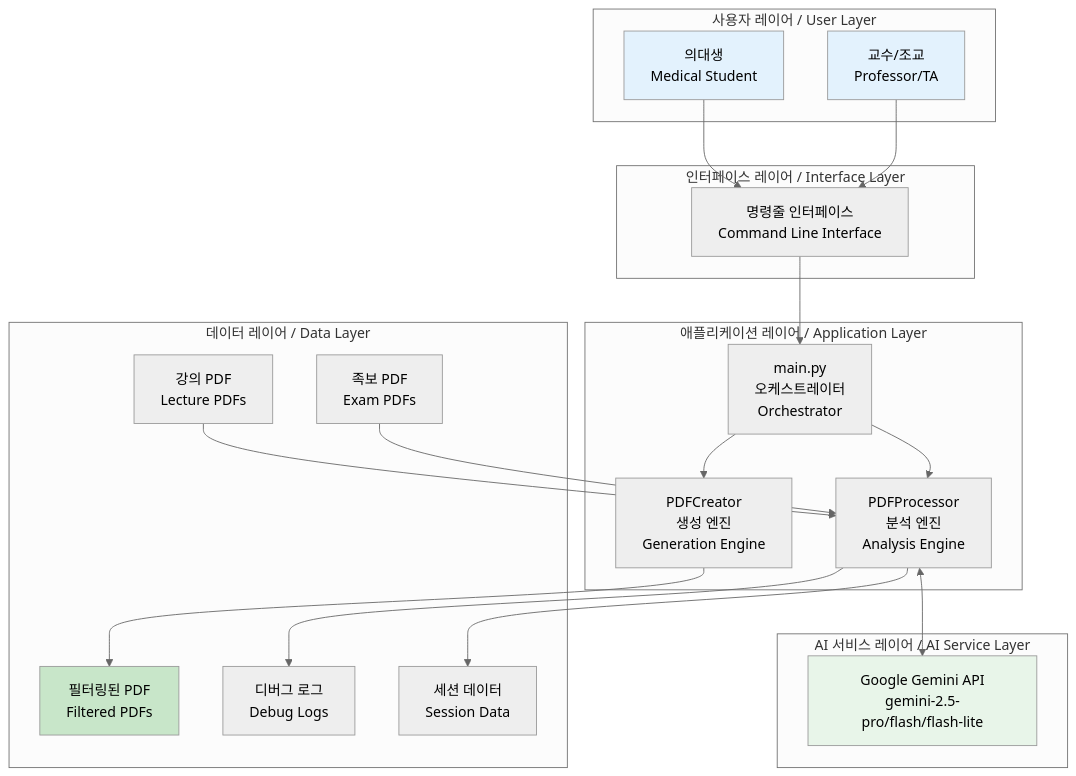
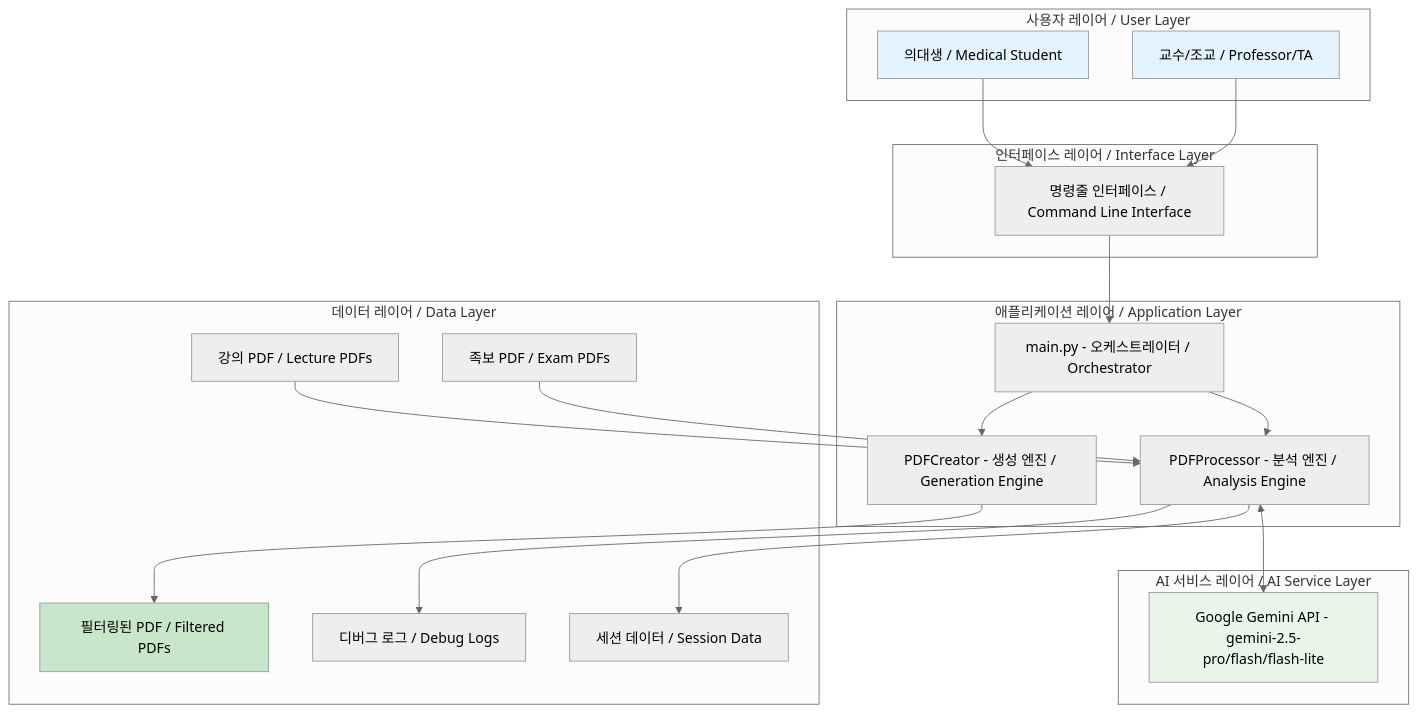
Before and after one commit to ksw6895/jokbodude: the first of 39 diagrams in architecture.md, drawn with Mermaid (neutral theme). The commit also changed other lines of this file, not shown here.

First line of the commit message:
fix: architecture.md Mermaid 다이어그램 파싱 오류 수정

````diff
--- a/architecture.md
+++ b/architecture.md
@@ -55,46 +55,46 @@
 ```mermaid
 graph TB
     subgraph "사용자 레이어 / User Layer"
-        U1[의대생<br/>Medical Student]
-        U2[교수/조교<br/>Professor/TA]
+        U1[의대생 / Medical Student]
+        U2[교수/조교 / Professor/TA]
     end
     
     subgraph "인터페이스 레이어 / Interface Layer"
-        CLI[명령줄 인터페이스<br/>Command Line Interface]
+        CLI[명령줄 인터페이스 / Command Line Interface]
     end
     
     subgraph "애플리케이션 레이어 / Application Layer"
-        MAIN[main.py<br/>오케스트레이터<br/>Orchestrator]
-        PROC[PDFProcessor<br/>분석 엔진<br/>Analysis Engine]
-        CREA[PDFCreator<br/>생성 엔진<br/>Generation Engine]
+        MAIN[main.py - 오케스트레이터 / Orchestrator]
+        PROC[PDFProcessor - 분석 엔진 / Analysis Engine]
+        CREA[PDFCreator - 생성 엔진 / Generation Engine]
     end
     
     subgraph "AI 서비스 레이어 / AI Service Layer"
-        GEMINI[Google Gemini API<br/>gemini-2.5-pro/flash/flash-lite]
+        GEMINI[Google Gemini API - gemini-2.5-pro/flash/flash-lite]
     end
     
     subgraph "데이터 레이어 / Data Layer"
-        IN1[강의 PDF<br/>Lecture PDFs]
-        IN2[족보 PDF<br/>Exam PDFs]
-        OUT1[필터링된 PDF<br/>Filtered PDFs]
-        OUT2[디버그 로그<br/>Debug Logs]
-        OUT3[세션 데이터<br/>Session Data]
+        IN1[강의 PDF / Lecture PDFs]
+        IN2[족보 PDF / Exam PDFs]
+        OUT1[필터링된 PDF / Filtered PDFs]
+        OUT2[디버그 로그 / Debug Logs]
+        OUT3[세션 데이터 / Session Data]
     end
     
     U1 --> CLI
     U2 --> CLI
     CLI --> MAIN
     MAIN --> PROC
     MAIN --> CREA
     PROC <--> GEMINI
     IN1 --> PROC
     IN2 --> PROC
     PROC --> OUT2
     PROC --> OUT3
     CREA --> OUT1
     
     style U1 fill:#e3f2fd
     style U2 fill:#e3f2fd
     style GEMINI fill:#e8f5e9
     style OUT1 fill:#c8e6c9
 ```
````
